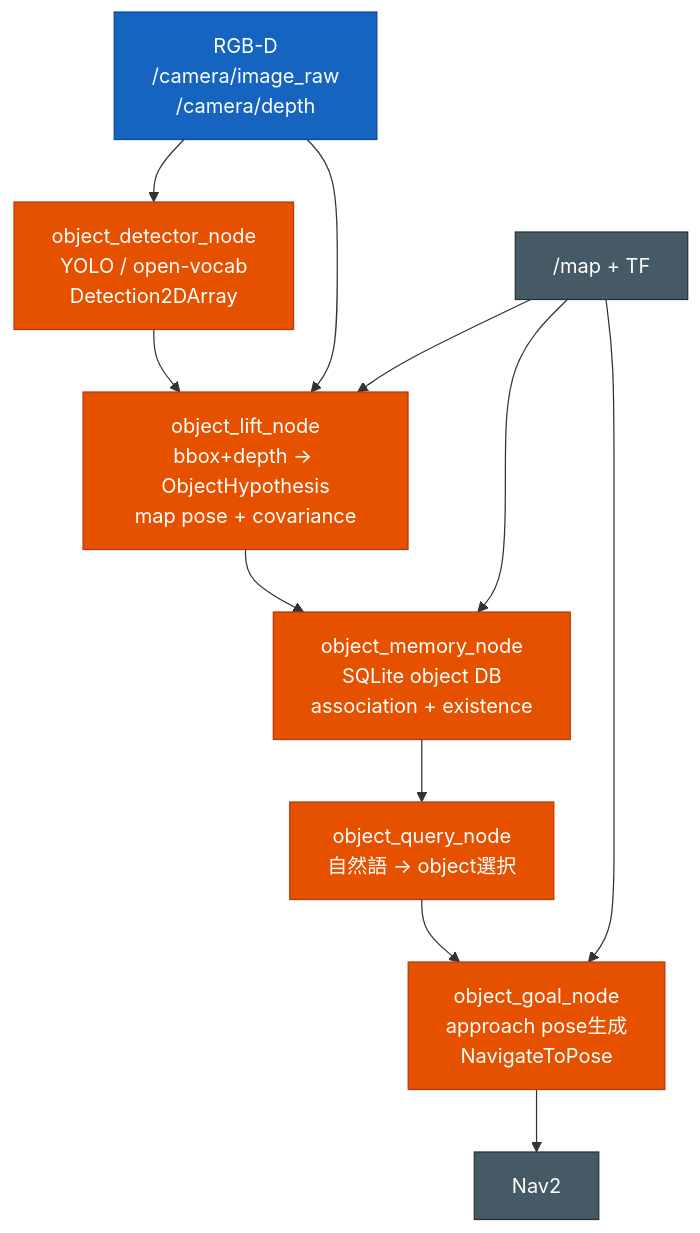
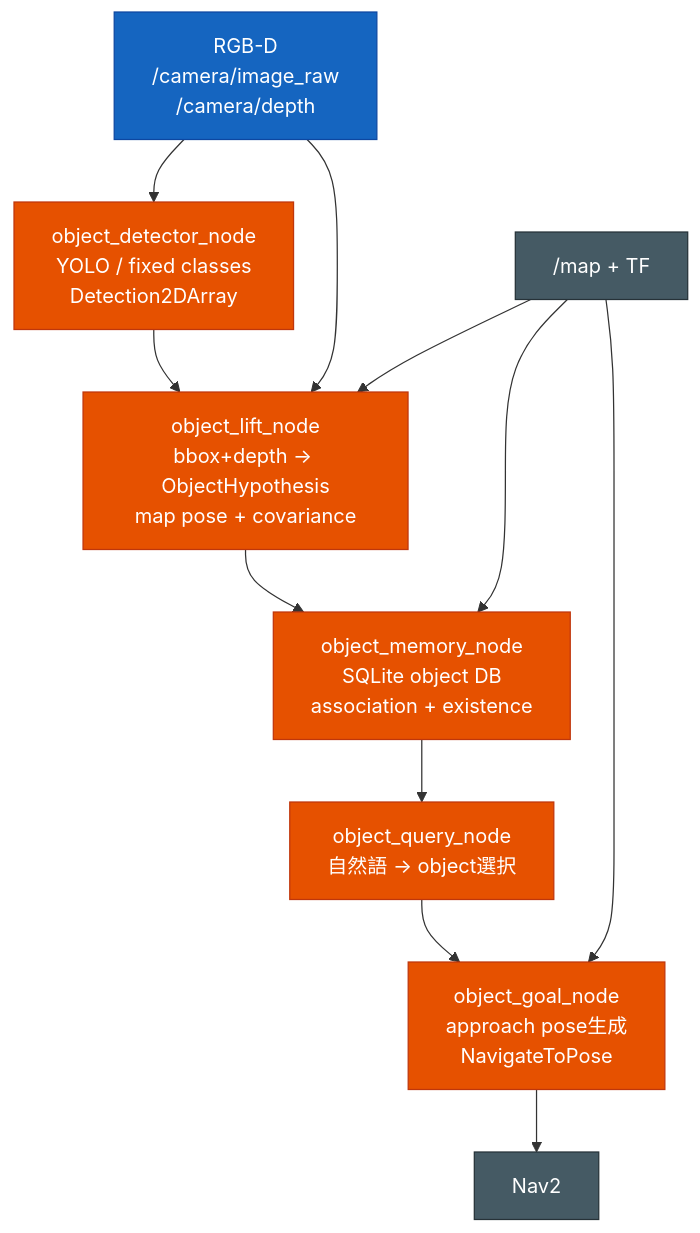
One commit to sato-susumu/susumu_object_perception changed the second of 2 diagrams in docs/semantic_object_memory_comparison.md. Above: the diagram before and after it, drawn with Mermaid. The commit also changed other lines of this file and 40 other files, not shown here.

````diff
--- a/docs/semantic_object_memory_comparison.md
+++ b/docs/semantic_object_memory_comparison.md
@@ -280,21 +280,21 @@
 ```mermaid
 flowchart TD
   cam["RGB-D<br/>/camera/image_raw<br/>/camera/depth"]:::hd
-  det["object_detector_node<br/>YOLO / open-vocab<br/>Detection2DArray"]:::own
+  det["object_detector_node<br/>YOLO / fixed classes<br/>Detection2DArray"]:::own
   lift["object_lift_node<br/>bbox+depth -> ObjectHypothesis<br/>map pose + covariance"]:::own
   mem["object_memory_node<br/>SQLite object DB<br/>association + existence"]:::own
   query["object_query_node<br/>自然語 -> object選択"]:::own
   goal["object_goal_node<br/>approach pose生成<br/>NavigateToPose"]:::own
   nav2["Nav2"]:::ext
   map["/map + TF"]:::ext
 
   cam --> det --> lift --> mem --> query --> goal --> nav2
   cam --> lift
   map --> lift
   map --> mem
   map --> goal
 
   classDef own fill:#e65100,stroke:#bf360c,color:#fff;
   classDef hd fill:#1565c0,stroke:#0d47a1,color:#fff;
   classDef ext fill:#455a64,stroke:#263238,color:#fff;
 ```
````
